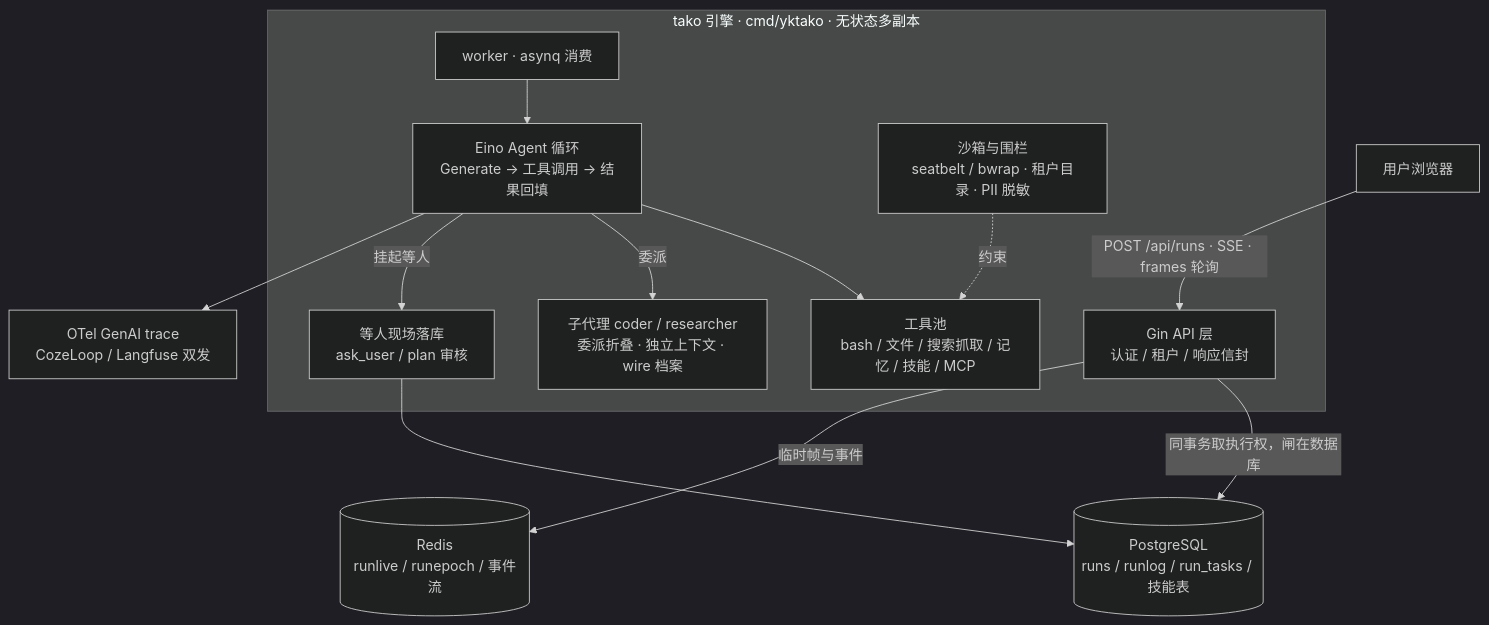
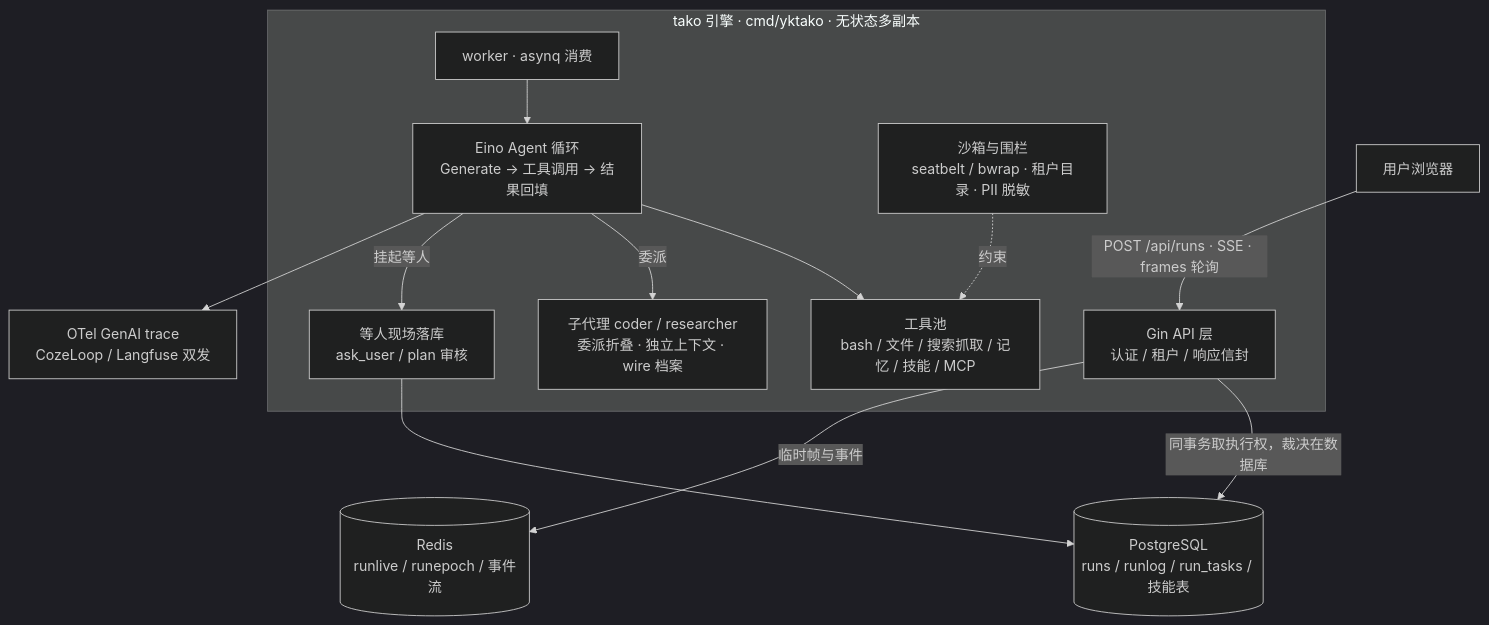
The diagram in README.md (Ykworm/yk-tako), drawn with Mermaid (dark theme) before and after one commit. The commit also changed other lines of this file and 10 other files, not shown here.

````diff
--- a/README.md
+++ b/README.md
@@ -68,28 +52,28 @@
 ```mermaid
 flowchart TB
     U[用户浏览器] -->|POST /api/runs · SSE · frames 轮询| API
 
     subgraph SRV["tako 引擎 · cmd/yktako · 无状态多副本"]
         API["Gin API 层<br/>认证 / 租户 / 响应信封"]
         WRK["worker · asynq 消费"]
         LOOP["Eino Agent 循环<br/>Generate → 工具调用 → 结果回填"]
         TOOL["工具池<br/>bash / 文件 / 搜索抓取 / 记忆 / 技能 / MCP"]
         SUB["子代理 coder / researcher<br/>委派折叠 · 独立上下文 · wire 档案"]
         WAIT["等人现场落库<br/>ask_user / plan 审核"]
         SBX["沙箱与围栏<br/>seatbelt / bwrap · 租户目录 · PII 脱敏"]
     end
 
     PG[("PostgreSQL<br/>runs / runlog / run_tasks / 技能表")]
     RD[("Redis<br/>runlive / runepoch / 事件流")]
     OT["OTel GenAI trace<br/>CozeLoop / Langfuse 双发"]
 
-    API -->|同事务取执行权，闸在数据库| PG
+    API -->|同事务取执行权，裁决在数据库| PG
     API -->|临时帧与事件| RD
     WRK --> LOOP
     LOOP --> TOOL
     LOOP -->|委派| SUB
     LOOP -->|挂起等人| WAIT
     WAIT --> PG
     SBX -. 约束 .-> TOOL
     LOOP --> OT
 ```
````
